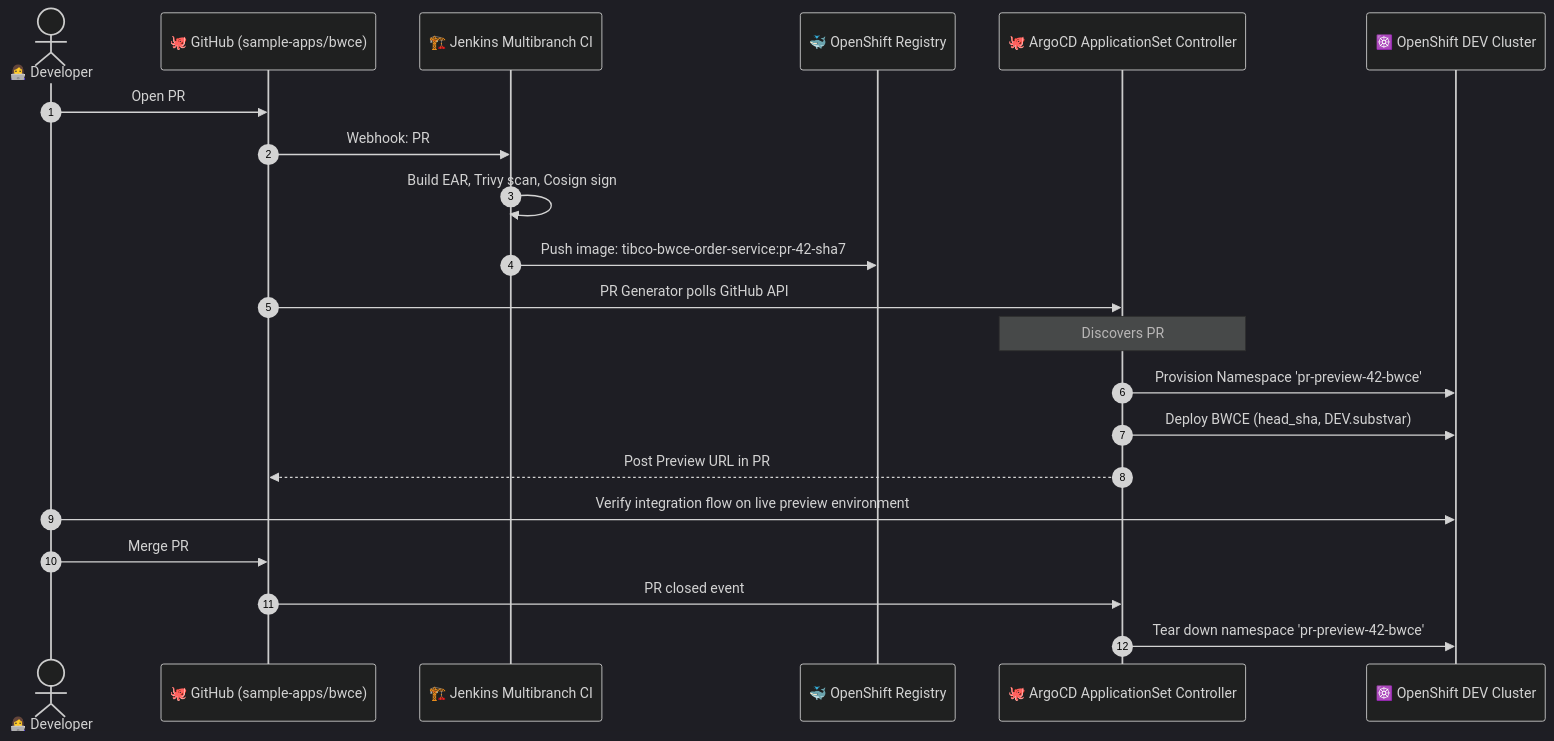
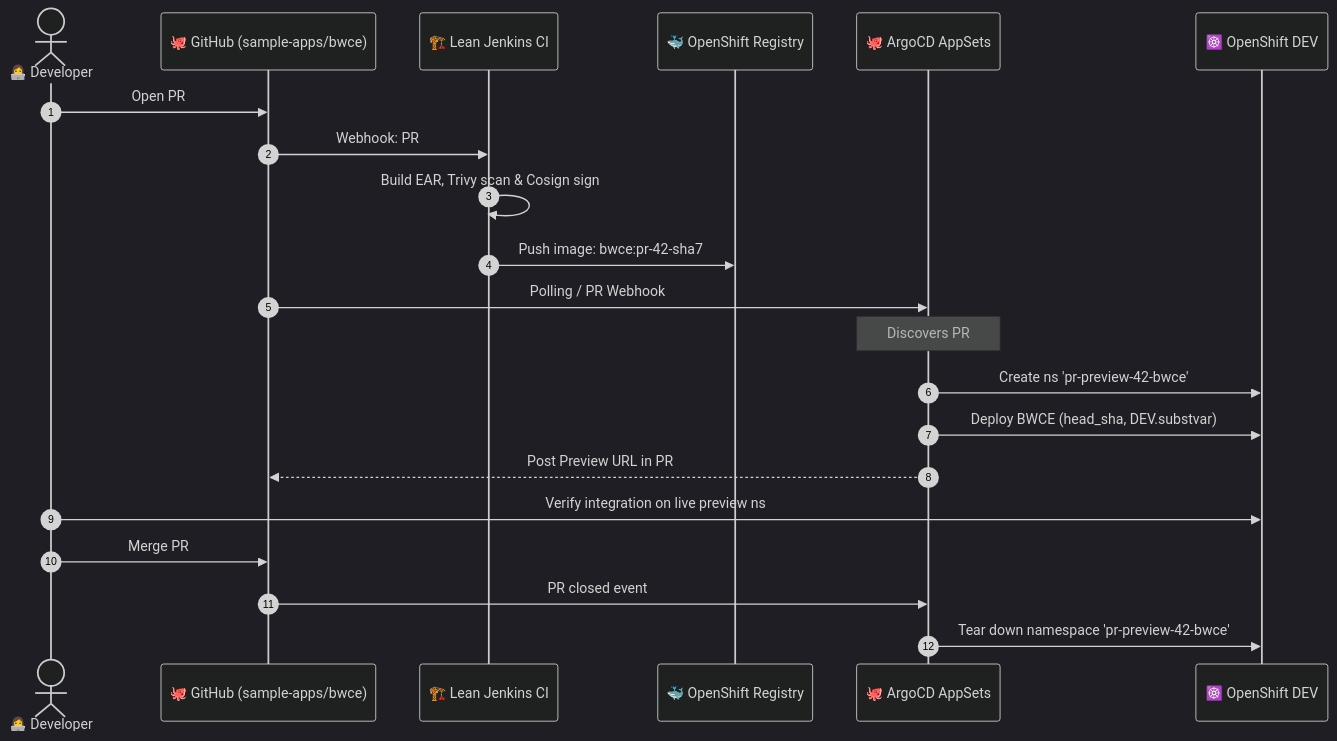
Before and after one commit to nubenetes/jenkins-without-git-parameter-bwce: the tenth of 15 diagrams in README.md, drawn with Mermaid (dark theme). The commit also changed other lines of this file, not shown here.

Commit message:
fix(mermaid): comprehensive overhaul of all diagrams (topology, PR preview, promotion, zero-trust) to prevent text clipping

````diff
--- a/README.md
+++ b/README.md
@@ -724,27 +725,27 @@
 ```mermaid
 sequenceDiagram
     autonumber
     actor Dev as 👩‍💻 Developer
     participant GitHub as 🐙 GitHub (sample-apps/bwce)
-    participant Jenkins as 🏗️ Jenkins Multibranch CI
+    participant Jenkins as 🏗️ Lean Jenkins CI
     participant Registry as 🐳 OpenShift Registry
-    participant ArgoCD as 🐙 ArgoCD ApplicationSet Controller
-    participant Cluster as ☸️ OpenShift DEV Cluster
+    participant ArgoCD as 🐙 ArgoCD AppSets
+    participant Cluster as ☸️ OpenShift DEV
 
-    Dev->>GitHub: Open PR #42 (feature/new-order-flow)
+    Dev->>GitHub: Open PR #42 (feature-order-flow)
     GitHub->>Jenkins: Webhook: PR #42 created
-    Jenkins->>Jenkins: Build EAR, Trivy scan, Cosign sign
-    Jenkins->>Registry: Push image: tibco-bwce-order-service:pr-42-sha7
+    Jenkins->>Jenkins: Build EAR, Trivy scan & Cosign sign
+    Jenkins->>Registry: Push image: bwce:pr-42-sha7
     
-    GitHub->>ArgoCD: PR Generator polls GitHub API
+    GitHub->>ArgoCD: Polling / PR Webhook
     Note over ArgoCD: Discovers PR #42<br/>label: preview-environment
-    ArgoCD->>Cluster: Provision Namespace 'pr-preview-42-bwce'
+    ArgoCD->>Cluster: Create ns 'pr-preview-42-bwce'
     ArgoCD->>Cluster: Deploy BWCE (head_sha, DEV.substvar)
     ArgoCD-->>GitHub: Post Preview URL in PR #42
     
-    Dev->>Cluster: Verify integration flow on live preview environment
+    Dev->>Cluster: Verify integration on live preview ns
     
     Dev->>GitHub: Merge PR #42 into main
     GitHub->>ArgoCD: PR closed event
     ArgoCD->>Cluster: Tear down namespace 'pr-preview-42-bwce'
 ```
````
